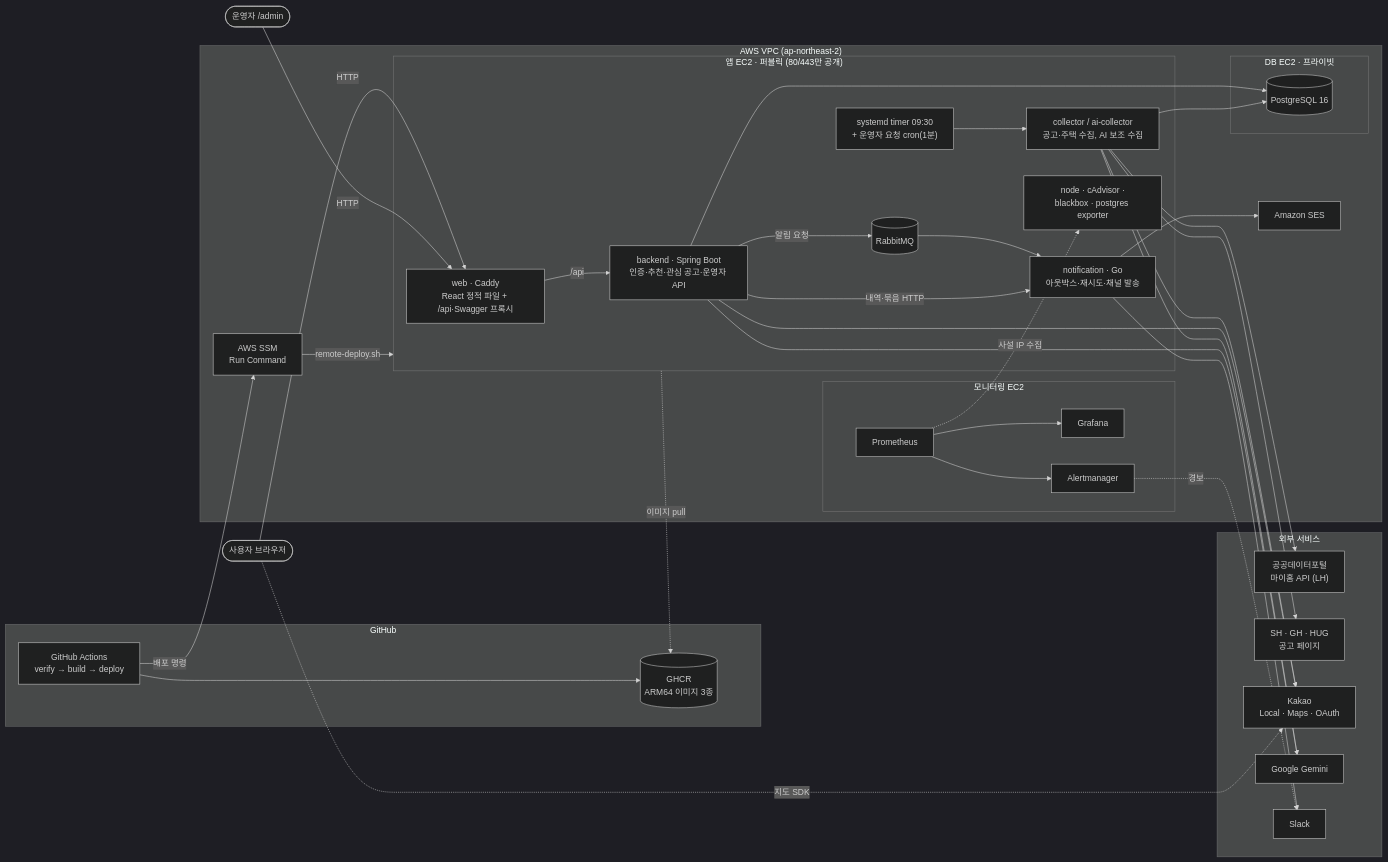
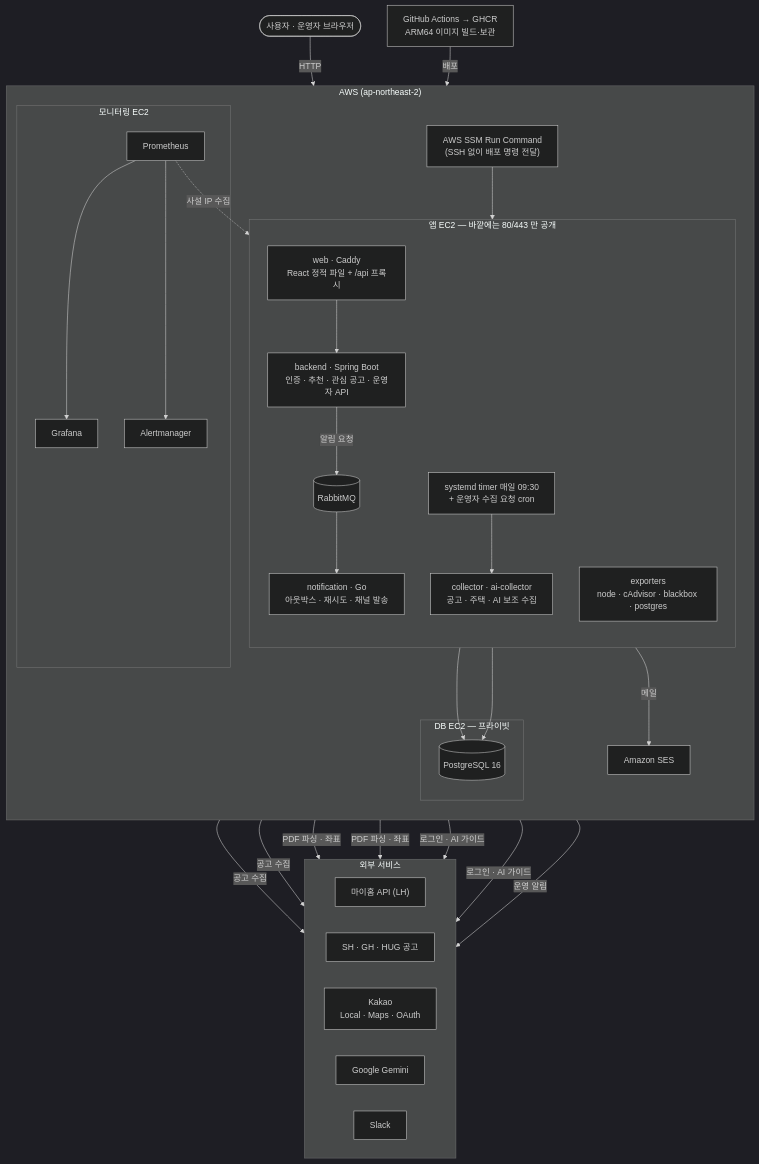
The diagram in README.md (prgrms-be-devcourse/NBE11-13-final-Team01), drawn with Mermaid (dark theme) before and after one commit.

Commit message:
Docs: 구성도를 위→아래 배치로 바꾸고 연결선 정리

````diff
--- a/README.md
+++ b/README.md
@@ -16,67 +16,55 @@
 ```mermaid
-flowchart LR
-    user(["사용자 브라우저"])
-    admin(["운영자 /admin"])
+flowchart TB
+    user(["사용자 · 운영자 브라우저"])
+    gh["GitHub Actions → GHCR<br/>ARM64 이미지 빌드·보관"]
 
-    subgraph GH["GitHub"]
-        actions["GitHub Actions<br/>verify → build → deploy"]
-        ghcr[("GHCR<br/>ARM64 이미지 3종")]
-        actions --> ghcr
-    end
+    subgraph AWS["AWS (ap-northeast-2)"]
+        direction TB
+        ssm["AWS SSM Run Command<br/>(SSH 없이 배포 명령 전달)"]
 
-    subgraph AWS["AWS VPC (ap-northeast-2)"]
-        ssm["AWS SSM<br/>Run Command"]
-
-        subgraph APP["앱 EC2 · 퍼블릭 (80/443만 공개)"]
-            web["web · Caddy<br/>React 정적 파일 + /api·Swagger 프록시"]
-            backend["backend · Spring Boot<br/>인증·추천·관심 공고·운영자 API"]
-            collector["collector / ai-collector<br/>공고·주택 수집, AI 보조 수집"]
-            timer["systemd timer 09:30<br/>+ 운영자 요청 cron(1분)"]
+        subgraph APP["앱 EC2 — 바깥에는 80/443 만 공개"]
+            direction TB
+            web["web · Caddy<br/>React 정적 파일 + /api 프록시"]
+            backend["backend · Spring Boot<br/>인증 · 추천 · 관심 공고 · 운영자 API"]
             mq[("RabbitMQ")]
-            notif["notification · Go<br/>아웃박스·재시도·채널 발송"]
-            exp["node · cAdvisor ·<br/>blackbox · postgres exporter"]
+            notif["notification · Go<br/>아웃박스 · 재시도 · 채널 발송"]
+            timer["systemd timer 매일 09:30<br/>+ 운영자 수집 요청 cron"]
+            collector["collector · ai-collector<br/>공고 · 주택 · AI 보조 수집"]
+            exp["exporters<br/>node · cAdvisor · blackbox · postgres"]
+            web --> backend
+            backend -- 알림 요청 --> mq --> notif
+            timer --> collector
         end
 
-        subgraph DBS["DB EC2 · 프라이빗"]
+        subgraph DBS["DB EC2 — 프라이빗"]
             pg[("PostgreSQL 16")]
         end
 
         subgraph MON["모니터링 EC2"]
             prom["Prometheus"] --> graf["Grafana"]
             prom --> am["Alertmanager"]
         end
 
         ses["Amazon SES"]
     end
 
     subgraph EXT["외부 서비스"]
-        myhome["공공데이터포털<br/>마이홈 API (LH)"]
-        orgs["SH · GH · HUG<br/>공고 페이지"]
+        direction LR
+        myhome["마이홈 API (LH)"]
+        orgs["SH · GH · HUG 공고"]
         kakao["Kakao<br/>Local · Maps · OAuth"]
         gemini["Google Gemini"]
         slack["Slack"]
     end
 
     user -- HTTP --> web
-    admin -- HTTP --> web
-    web -- /api --> backend
+    gh -- 배포 --> ssm --> APP
     backend --> pg
-    backend -- 알림 요청 --> mq --> notif
-    backend -- 내역·묶음 HTTP --> notif
-    notif --> ses
-    notif --> slack
-    timer --> collector
     collector --> pg
-    collector --> myhome
-    collector --> orgs
-    collector --> gemini
-    collector --> kakao
-    backend --> kakao
-    backend --> gemini
-    user -. 지도 SDK .-> kakao
-
-    actions -- 배포 명령 --> ssm -- remote-deploy.sh --> APP
-    APP -. 이미지 pull .-> ghcr
+    collector -- 공고 수집 --> myhome & orgs
+    collector -- PDF 파싱 · 좌표 --> gemini & kakao
+    backend -- 로그인 · AI 가이드 --> kakao & gemini
+    notif -- 메일 --> ses
+    notif -- 운영 알림 --> slack
     prom -. 사설 IP 수집 .-> exp
-    am -. 경보 .-> slack
 ```
````
